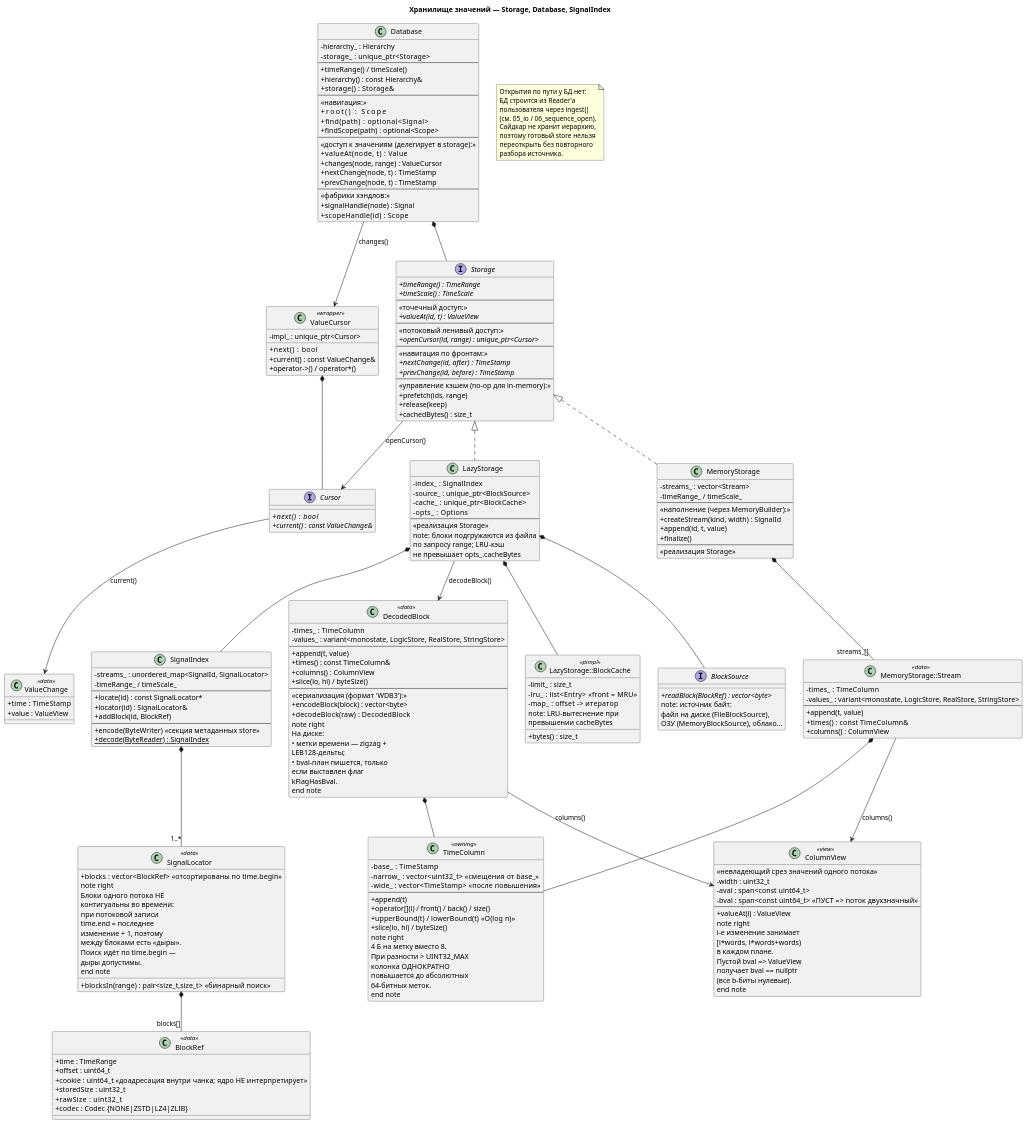
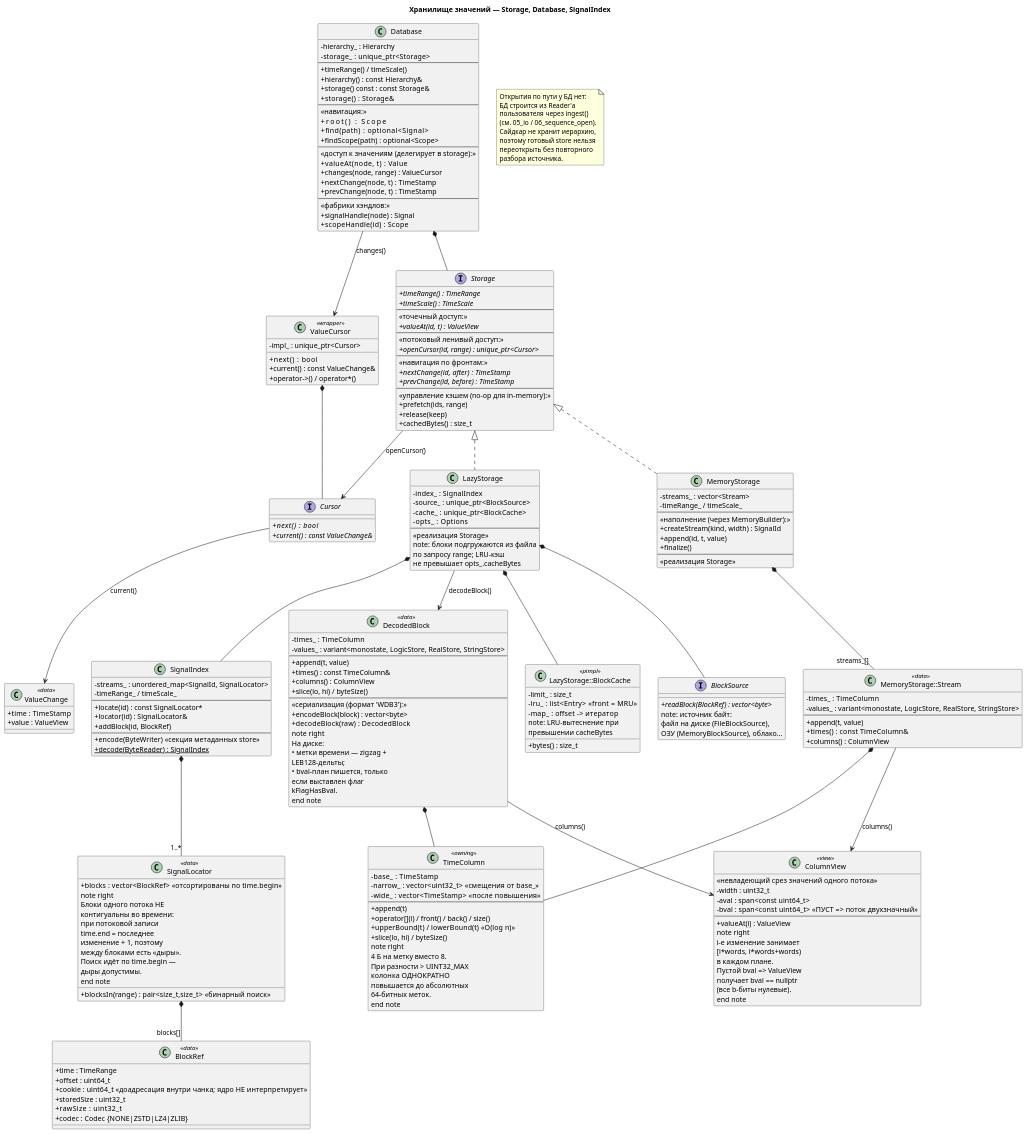
Before and after one commit to gikon3/wasafe: the diagram in docs/uml/04_storage.puml, drawn with PlantUML. The commit also changed 4 other files, not shown here.

```diff
--- a/docs/uml/04_storage.puml
+++ b/docs/uml/04_storage.puml
@@ -207,6 +207,7 @@
     --
     + timeRange() / timeScale()
     + hierarchy() : const Hierarchy&
+    + storage() const : const Storage&
     + storage()   : Storage&
     --
     «навигация:»
```
